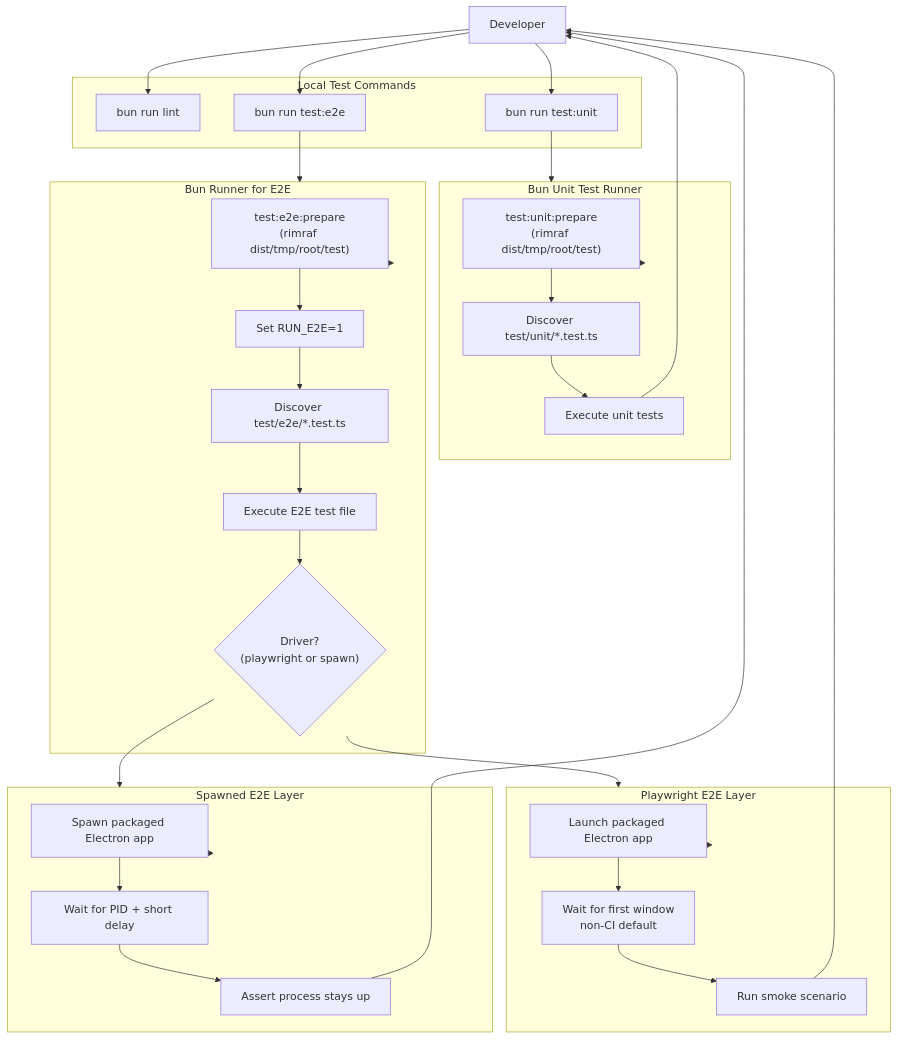
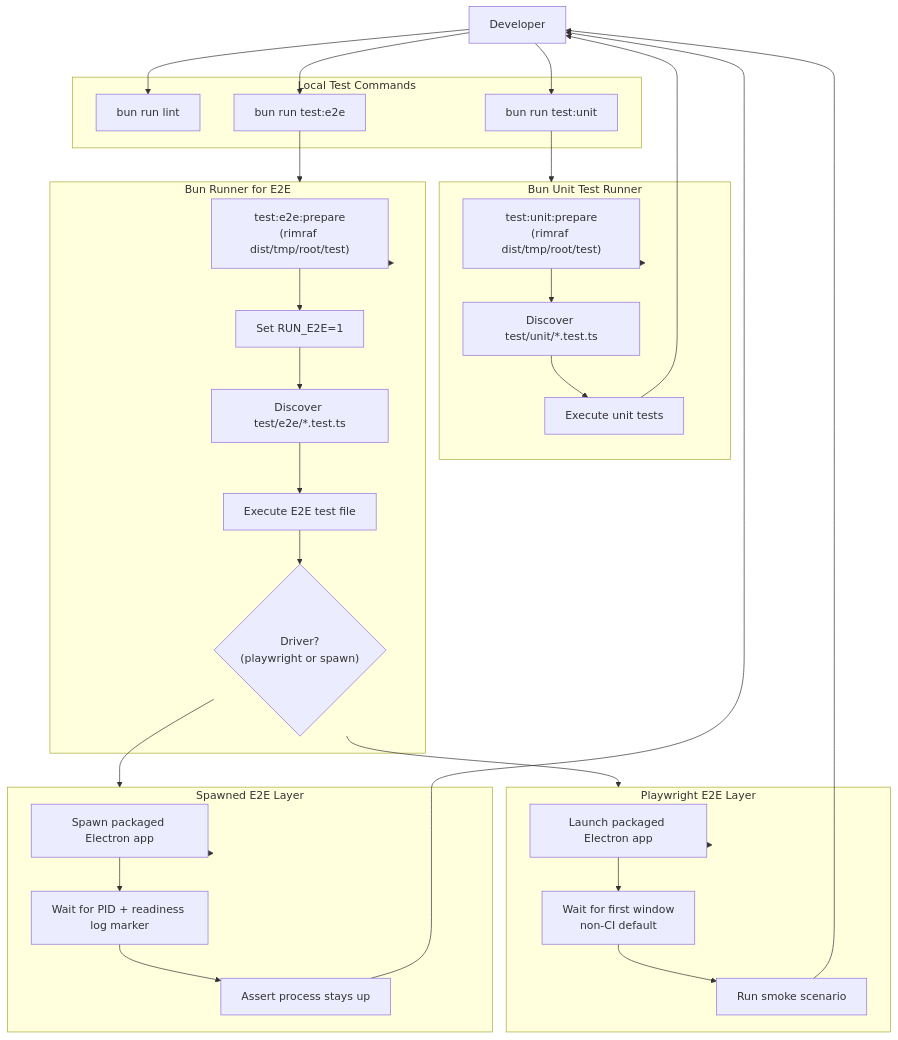
Before and after one commit to leynos/velocetty: the diagram in docs/developers-guide.md, drawn with Mermaid. The commit also changed other lines of this file and 10 other files, not shown here.

````diff
--- a/docs/developers-guide.md
+++ b/docs/developers-guide.md
@@ -64,63 +64,63 @@
 ```mermaid
 flowchart TB
     Dev[Developer]
 
     subgraph LocalCommands[Local Test Commands]
         LintCmd["bun run lint"]
         UnitCmd["bun run test:unit"]
         E2ECmd["bun run test:e2e"]
     end
 
     subgraph BunUnitRunner[Bun Unit Test Runner]
         UnitPrep["test:unit:prepare\n(rimraf dist/tmp/root/test)"]
         BunDiscover[Discover test/unit/*.test.ts]
         BunRunUnit[Execute unit tests]
     end
 
     subgraph BunE2ERunner[Bun Runner for E2E]
         E2EPrep["test:e2e:prepare\n(rimraf dist/tmp/root/test)"]
         SetEnv[Set RUN_E2E=1]
         BunDiscoverE2E[Discover test/e2e/*.test.ts]
         BunRunE2E[Execute E2E test file]
         DriverSelect{"Driver?\n(playwright or spawn)"}
     end
 
     subgraph PlaywrightLayer[Playwright E2E Layer]
         PWLaunch[Launch packaged Electron app]
         PWWait[Wait for first window\nnon-CI default]
         PWSmoke[Run smoke scenario]
     end
 
     subgraph SpawnLayer[Spawned E2E Layer]
         SpawnLaunch[Spawn packaged Electron app]
-        SpawnWait[Wait for PID + short delay]
+        SpawnWait[Wait for PID + readiness log marker]
         SpawnSmoke[Assert process stays up]
     end
 
     Dev --> LintCmd
     Dev --> UnitCmd
     Dev --> E2ECmd
 
     UnitCmd --> BunUnitRunner
     BunUnitRunner --> UnitPrep
     UnitPrep --> BunDiscover
     BunDiscover --> BunRunUnit
     BunRunUnit --> Dev
 
     E2ECmd --> BunE2ERunner
     BunE2ERunner --> E2EPrep
     E2EPrep --> SetEnv
     SetEnv --> BunDiscoverE2E
     BunDiscoverE2E --> BunRunE2E
     BunRunE2E --> DriverSelect
     DriverSelect --> PlaywrightLayer
     DriverSelect --> SpawnLayer
     PlaywrightLayer --> PWLaunch
     PWLaunch --> PWWait
     PWWait --> PWSmoke
     SpawnLayer --> SpawnLaunch
     SpawnLaunch --> SpawnWait
     SpawnWait --> SpawnSmoke
     PWSmoke --> Dev
     SpawnSmoke --> Dev
 ```
````
